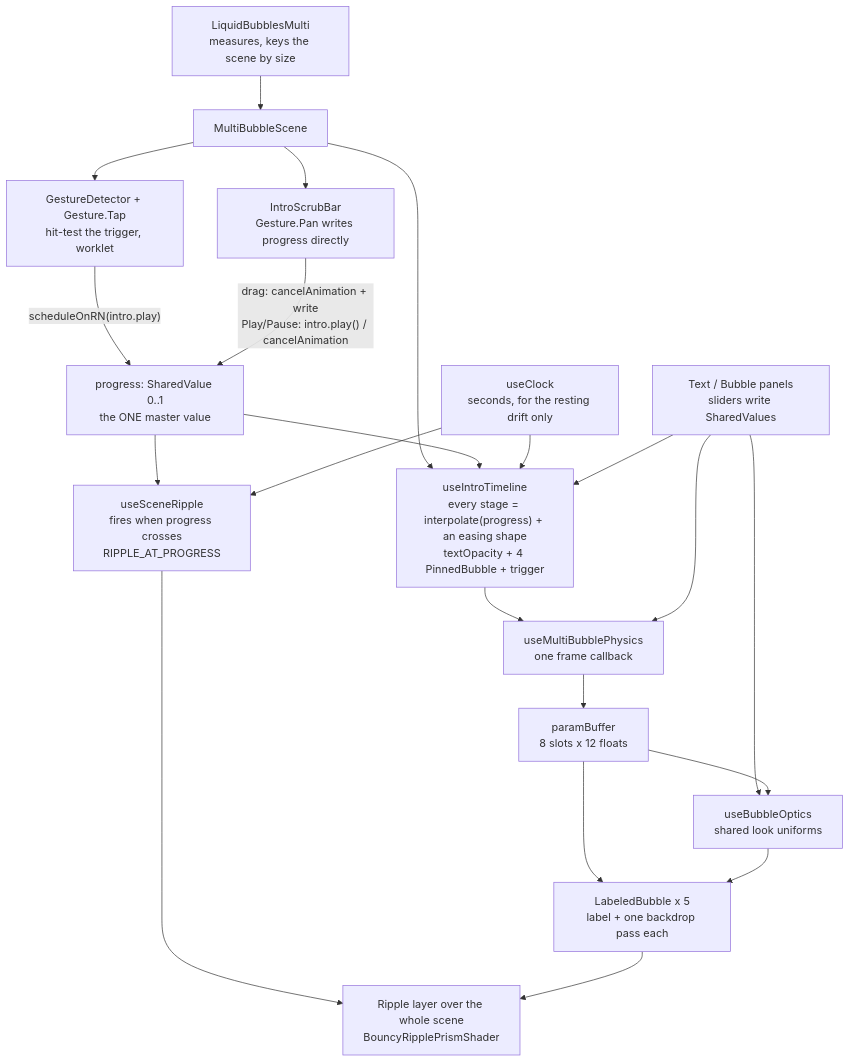
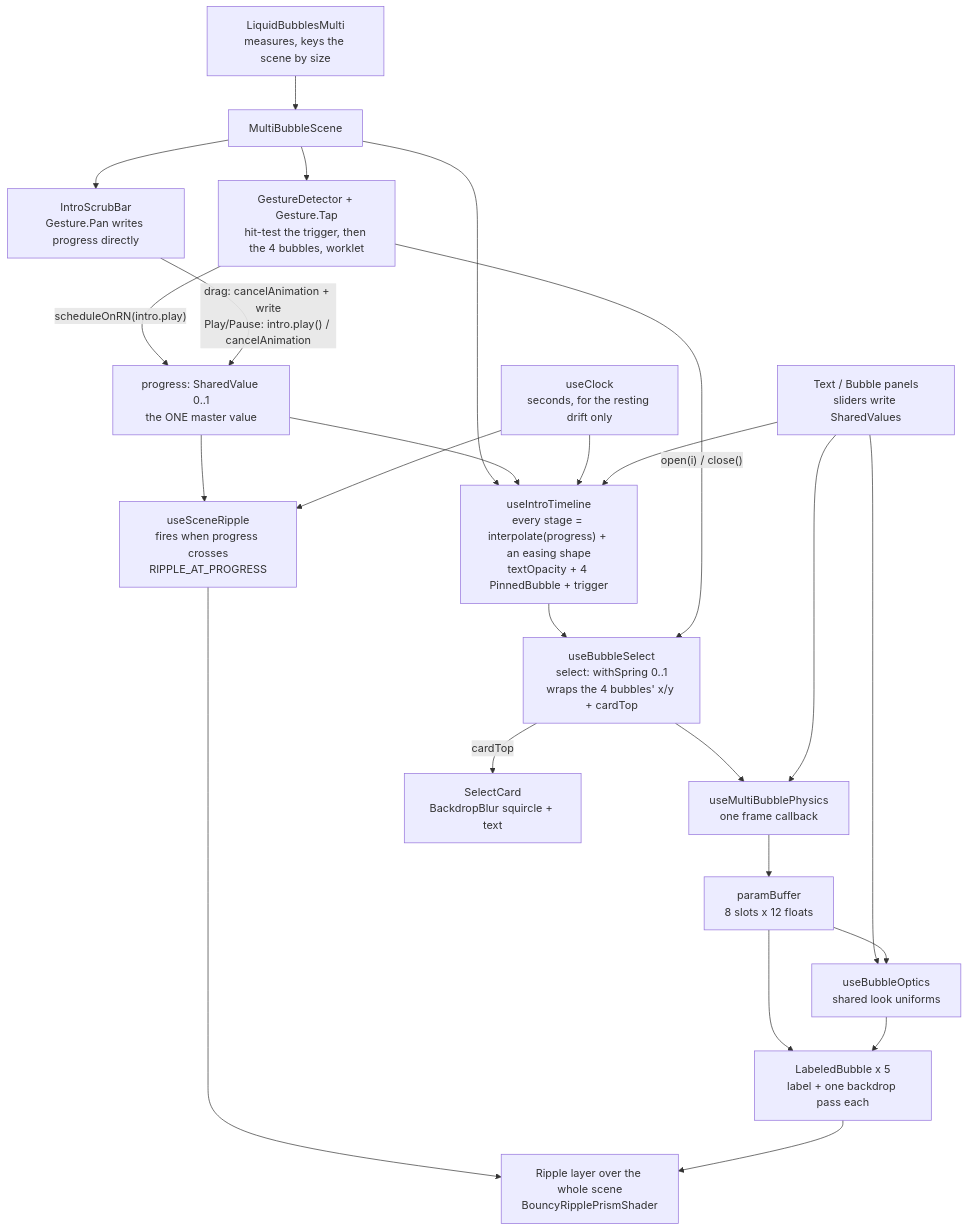
The first of 2 diagrams in src/components/liquid-bubbles-multi/README.md (ImCitizen13/quattro4maggi), drawn with Mermaid before and after one commit. The commit also changed other lines of this file and 5 other files, not shown here.

First line of the commit message:
Liquid bubbles multi: press a bubble to open its detail card

````diff
--- a/src/components/liquid-bubbles-multi/README.md
+++ b/src/components/liquid-bubbles-multi/README.md
@@ -41,33 +43,36 @@
 ```mermaid
 flowchart TD
     LBM["LiquidBubblesMulti<br/>measures, keys the scene by size"]
     SCENE["MultiBubbleScene"]
     CLOCK["useClock<br/>seconds, for the resting drift only"]
     PANELS["Text / Bubble panels<br/>sliders write SharedValues"]
-    GESTURE["GestureDetector + Gesture.Tap<br/>hit-test the trigger, worklet"]
+    GESTURE["GestureDetector + Gesture.Tap<br/>hit-test the trigger, then the 4 bubbles, worklet"]
+    SELECT["useBubbleSelect<br/>select: withSpring 0..1<br/>wraps the 4 bubbles' x/y + cardTop"]
     SCRUB["IntroScrubBar<br/>Gesture.Pan writes progress directly"]
     PROGRESS["progress: SharedValue 0..1<br/>the ONE master value"]
     INTRO["useIntroTimeline<br/>every stage = interpolate(progress) + an easing shape<br/>textOpacity + 4 PinnedBubble + trigger"]
     PHYS["useMultiBubblePhysics<br/>one frame callback"]
     BUF["paramBuffer<br/>8 slots x 12 floats"]
     OPTICS["useBubbleOptics<br/>shared look uniforms"]
     PASS["LabeledBubble x 5<br/>label + one backdrop pass each"]
 
-    LBM --> SCENE --> INTRO --> PHYS --> BUF --> PASS
+    LBM --> SCENE --> INTRO --> SELECT --> PHYS --> BUF --> PASS
     SCENE --> GESTURE
+    GESTURE -- "open(i) / close()" --> SELECT
+    SELECT -- "cardTop" --> CARD["SelectCard<br/>BackdropBlur squircle + text"]
     SCENE --> SCRUB
     GESTURE -- "scheduleOnRN(intro.play)" --> PROGRESS
     SCRUB -- "drag: cancelAnimation + write<br/>Play/Pause: intro.play() / cancelAnimation" --> PROGRESS
     RIPPLE["useSceneRipple<br/>fires when progress crosses<br/>RIPPLE_AT_PROGRESS"]
     RLAYER["Ripple layer over the whole scene<br/>BouncyRipplePrismShader"]
 
     PROGRESS --> INTRO
     PROGRESS --> RIPPLE --> RLAYER
     CLOCK --> INTRO
     CLOCK --> RIPPLE
     PANELS --> INTRO
     PANELS --> PHYS
     PANELS --> OPTICS
     BUF --> OPTICS --> PASS
     PASS --> RLAYER
 ```
````
